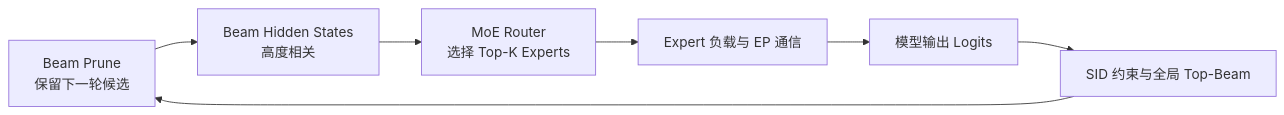
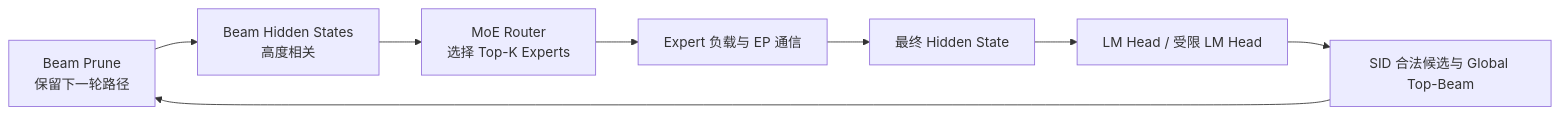
One commit to zhanghanleo10/zhanghanleo10.github.io changed the first of 2 diagrams in _posts/2026-07-31-generative-recommendation-beam-search-moe.md. Above: the diagram before and after it, drawn with Mermaid. The commit also changed other lines of this file, not shown here.

Commit message:
Expand Beam Search and MoE parallelism analysis

````diff
--- a/_posts/2026-07-31-generative-recommendation-beam-search-moe.md
+++ b/_posts/2026-07-31-generative-recommendation-beam-search-moe.md
@@ -32,9 +32,10 @@
 ```mermaid
 flowchart LR
-    A["Beam Prune<br/>保留下一轮候选"] --> B["Beam Hidden States<br/>高度相关"]
+    A["Beam Prune<br/>保留下一轮路径"] --> B["Beam Hidden States<br/>高度相关"]
     B --> C["MoE Router<br/>选择 Top-K Experts"]
     C --> D["Expert 负载与 EP 通信"]
-    D --> E["模型输出 Logits"]
-    E --> F["SID 约束与全局 Top-Beam"]
-    F --> A
+    D --> E["最终 Hidden State"]
+    E --> F["LM Head / 受限 LM Head"]
+    F --> G["SID 合法候选与 Global Top-Beam"]
+    G --> A
 ```
````
